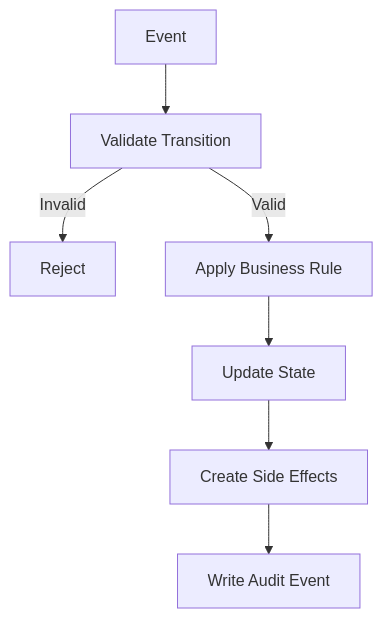
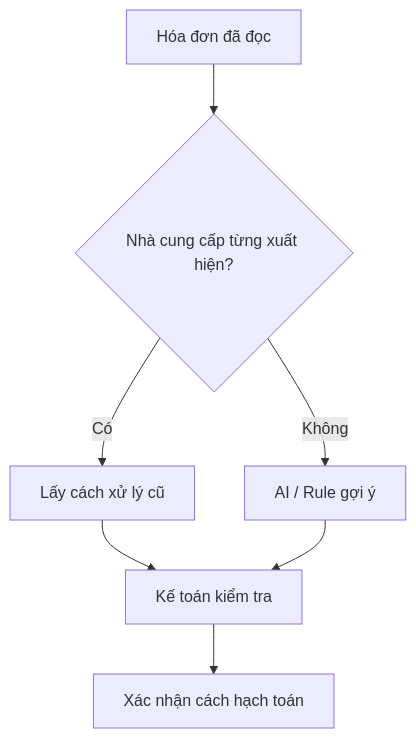
The second of 12 diagrams in tdd.md (huynv81/tomtax), drawn with Mermaid before and after one commit. The commit also changed other lines of this file, not shown here.

````diff
--- a/tdd.md
+++ b/tdd.md
@@ -288,9 +257,9 @@
 ```mermaid
 flowchart TD
-    E[Event] --> V[Validate Transition]
-    V -->|Invalid| X[Reject]
-    V -->|Valid| A[Apply Business Rule]
-    A --> S[Update State]
-    S --> O[Create Side Effects]
-    O --> AU[Write Audit Event]
+    A[Hóa đơn đã đọc] --> B{Nhà cung cấp từng xuất hiện?}
+    B -->|Có| C[Lấy cách xử lý cũ]
+    B -->|Không| D[AI / Rule gợi ý]
+    C --> E[Kế toán kiểm tra]
+    D --> E
+    E --> F[Xác nhận cách hạch toán]
 ```
````
